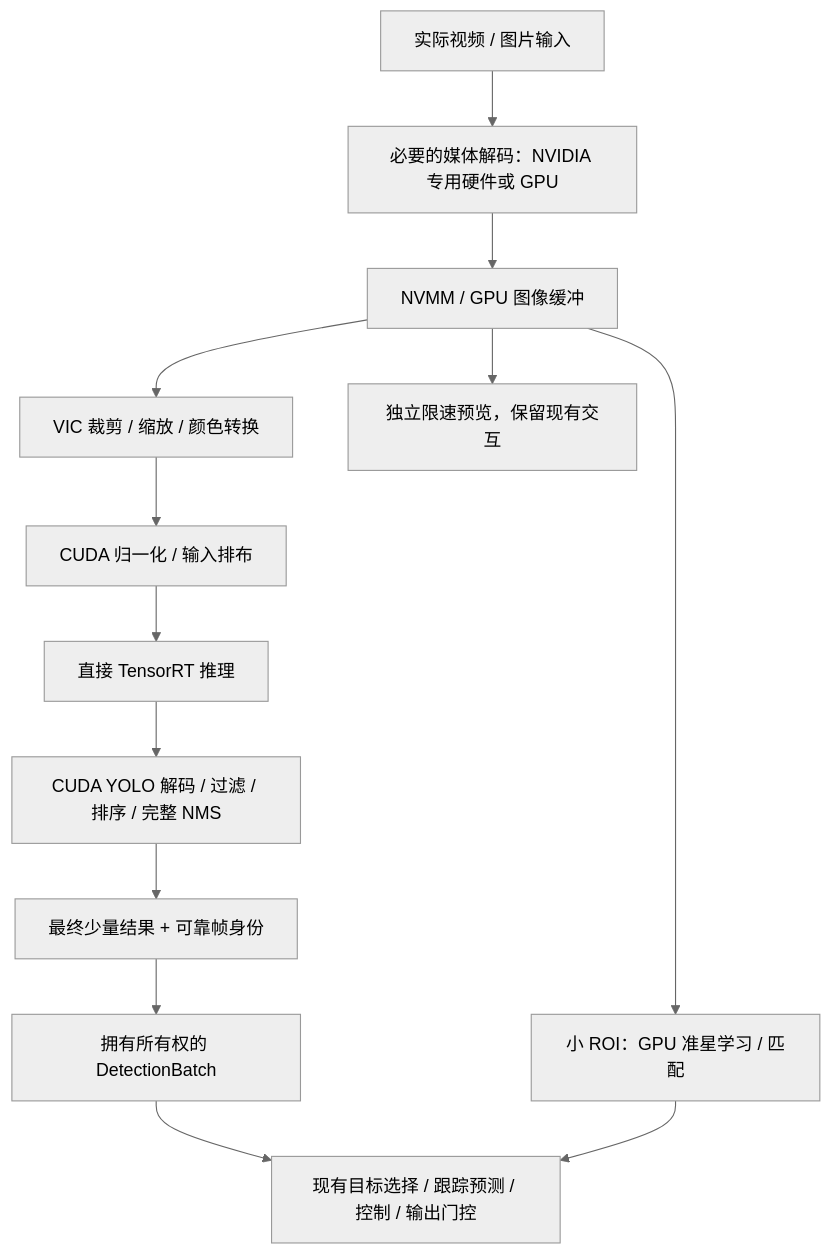
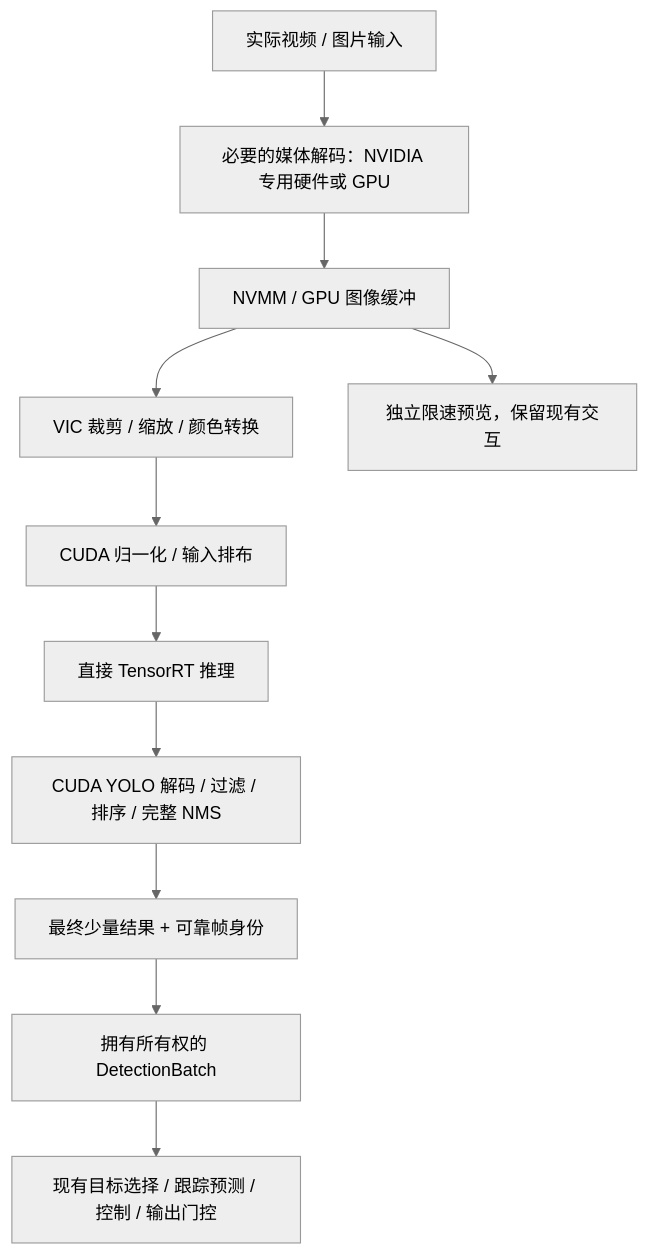
Before and after one commit to xi0yu/NovaSight: the diagram in docs/pipeline-gpu-optimization-plan.md, drawn with Mermaid (neutral theme). The commit also changed other lines of this file and 50 other files, not shown here.

Commit message:
fix: unify control flow and runtime diagnostics

````diff
--- a/docs/pipeline-gpu-optimization-plan.md
+++ b/docs/pipeline-gpu-optimization-plan.md
@@ -52,15 +52,13 @@
 ```mermaid
 flowchart TD
     A[实际视频 / 图片输入] --> B[必要的媒体解码：NVIDIA 专用硬件或 GPU]
     B --> C[NVMM / GPU 图像缓冲]
     C --> D[VIC 裁剪 / 缩放 / 颜色转换]
     D --> E[CUDA 归一化 / 输入排布]
     E --> F[直接 TensorRT 推理]
     F --> G[CUDA YOLO 解码 / 过滤 / 排序 / 完整 NMS]
     G --> H[最终少量结果 + 可靠帧身份]
     H --> I[拥有所有权的 DetectionBatch]
     I --> J[现有目标选择 / 跟踪预测 / 控制 / 输出门控]
-    C --> K[小 ROI：GPU 准星学习 / 匹配]
-    K --> J
     C --> L[独立限速预览，保留现有交互]
 ```
````
